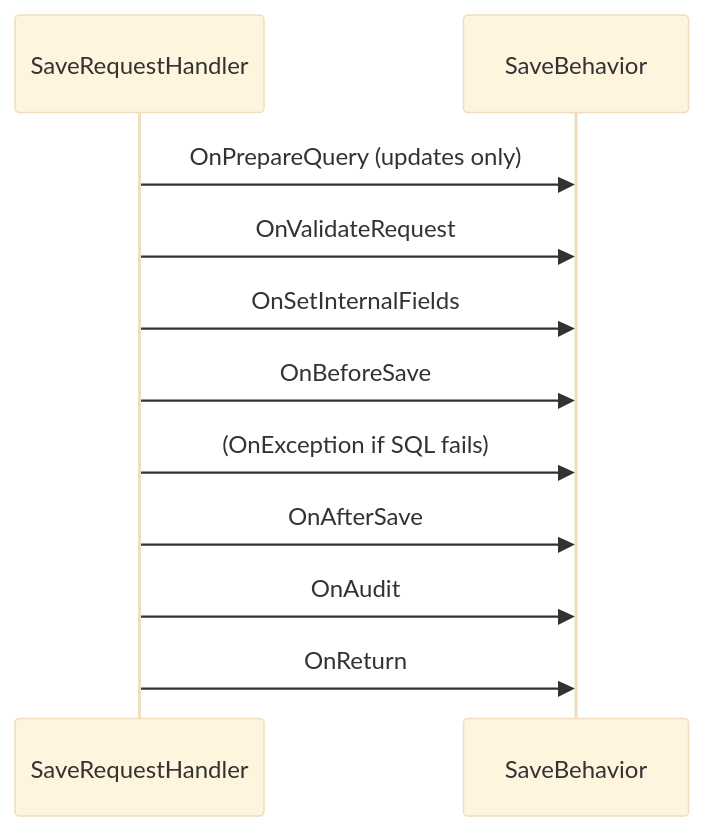
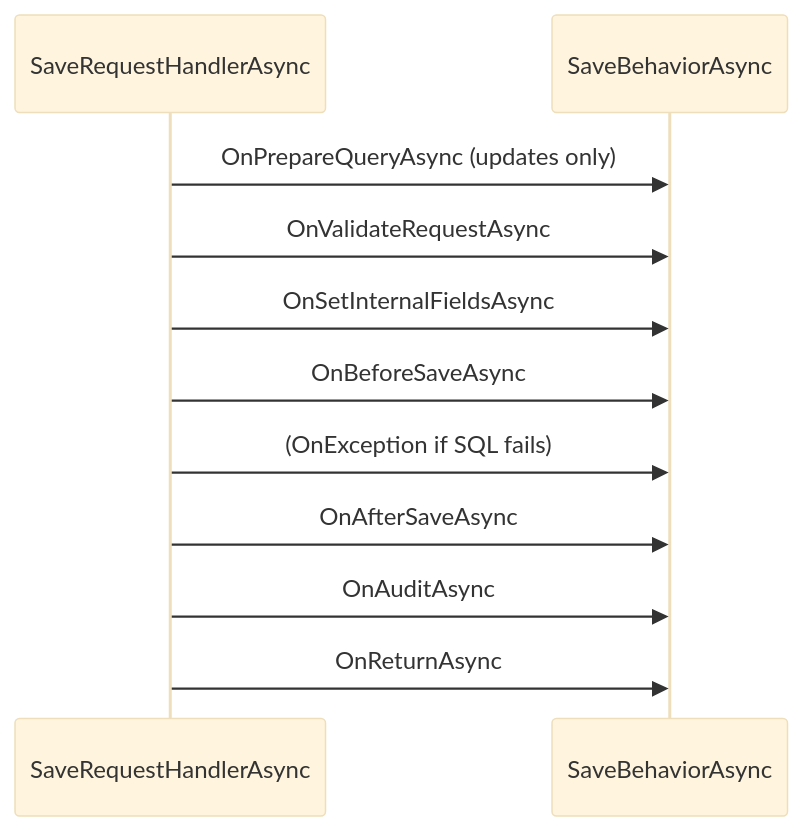
One commit to serenity-is/docs changed the diagram in services/behaviors.md. Above: the diagram before and after it, drawn with Mermaid (base theme). The commit also changed other lines of this file and 23 other files, not shown here.

Commit message:
Update framework docs and samples regarding async handler changes that will be released in 10.5.0

````diff
--- a/services/behaviors.md
+++ b/services/behaviors.md
@@ -148,13 +172,13 @@
 ```mermaid
 sequenceDiagram
-    participant H as SaveRequestHandler
-    participant B as SaveBehavior
-    H->>B: OnPrepareQuery (updates only)
-    H->>B: OnValidateRequest
-    H->>B: OnSetInternalFields
-    H->>B: OnBeforeSave
+    participant H as SaveRequestHandlerAsync
+    participant B as SaveBehaviorAsync
+    H->>B: OnPrepareQueryAsync (updates only)
+    H->>B: OnValidateRequestAsync
+    H->>B: OnSetInternalFieldsAsync
+    H->>B: OnBeforeSaveAsync
     H->>B: (OnException if SQL fails)
-    H->>B: OnAfterSave
-    H->>B: OnAudit
-    H->>B: OnReturn
+    H->>B: OnAfterSaveAsync
+    H->>B: OnAuditAsync
+    H->>B: OnReturnAsync
 ```
````
